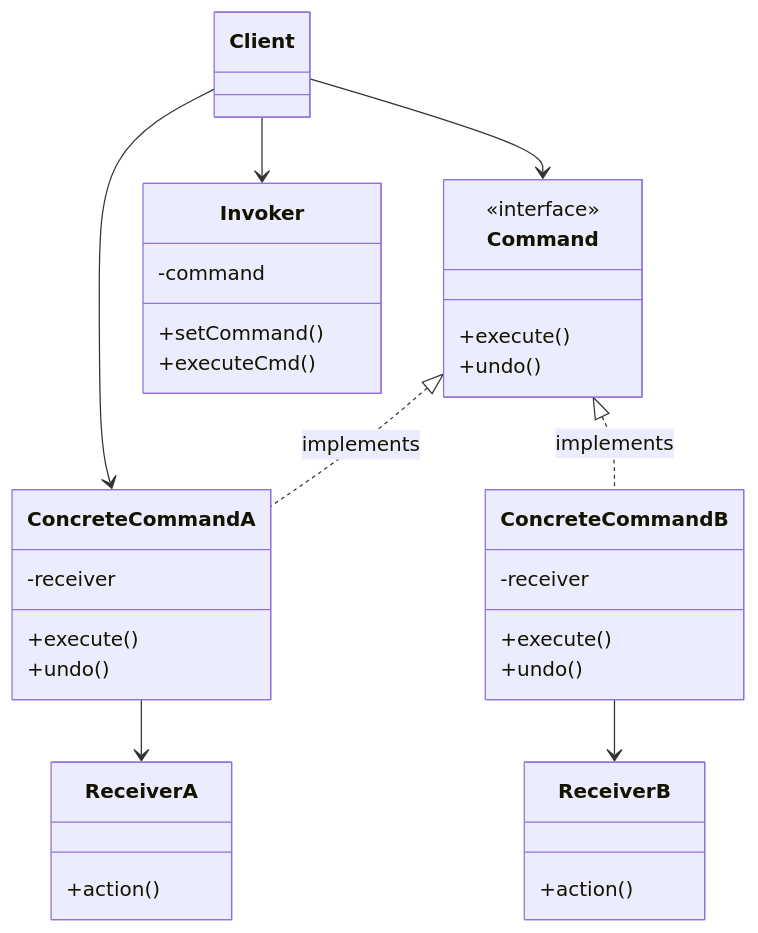
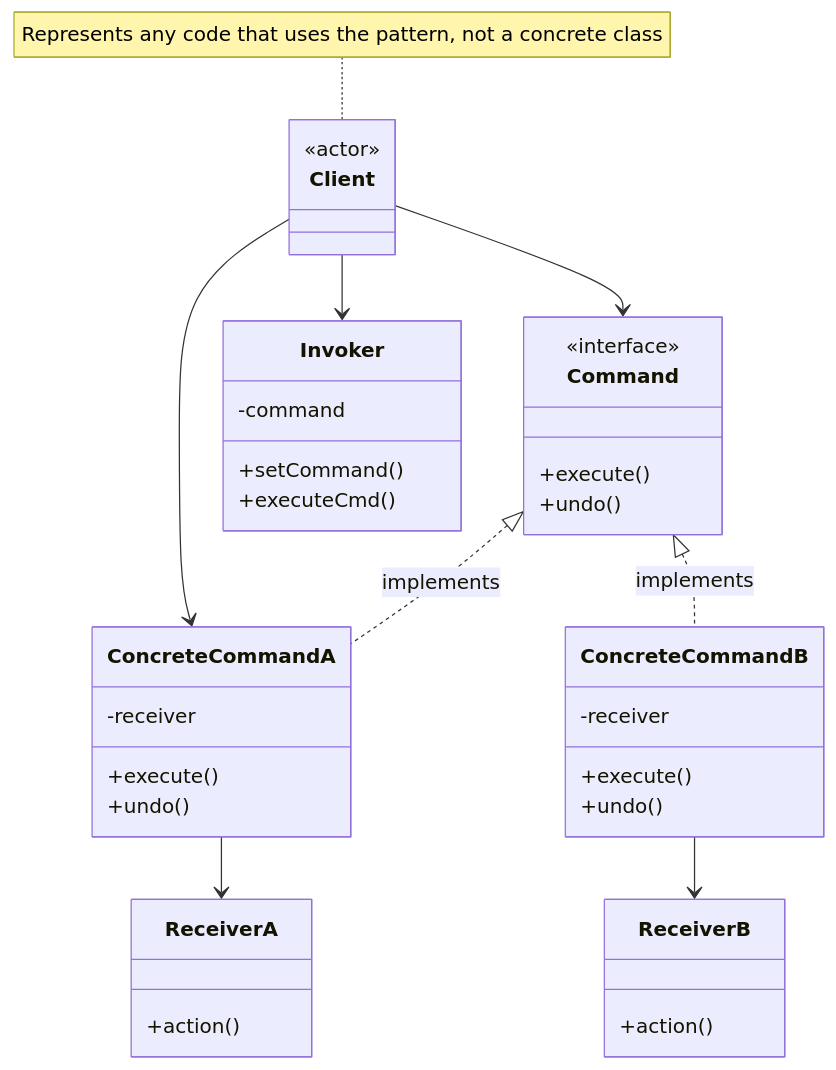
The diagram in docs/design-patterns/behavioral/command.md (ForeverAProgrammer/portfolio), drawn with Mermaid before and after one commit.

Commit message:
Updated the command pattern page to use mermaid diagrams

````diff
--- a/docs/design-patterns/behavioral/command.md
+++ b/docs/design-patterns/behavioral/command.md
@@ -28,38 +28,40 @@
 ```mermaid
 classDiagram
     class Command {
         <<interface>>
         +execute()
         +undo()
     }
     class ConcreteCommandA {
         -receiver
         +execute()
         +undo()
     }
     class ConcreteCommandB {
         -receiver
         +execute()
         +undo()
     }
     class ReceiverA {
         +action()
     }
     class ReceiverB {
         +action()
     }
     class Invoker {
         -command
         +setCommand()
         +executeCmd()
     }
-    class Client
-
+    class Client {
+        <<actor>>
+    }
+    note for Client "Represents any code that uses the pattern, not a concrete class"
     Client --> Command
     Client --> ConcreteCommandA
     Client --> Invoker
     Command <|.. ConcreteCommandA : implements
     Command <|.. ConcreteCommandB : implements
     ConcreteCommandA --> ReceiverA
     ConcreteCommandB --> ReceiverB
 ```
````
